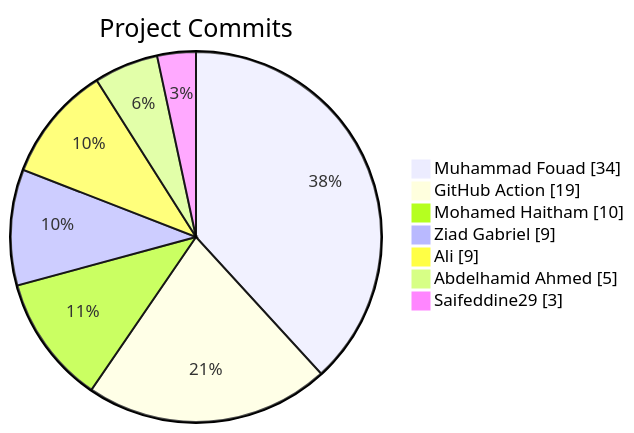
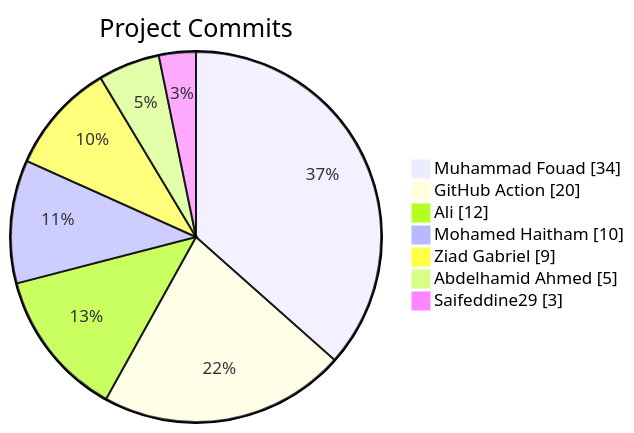
Before and after one commit to Abdelhamid-El-rashidy/Library_System: the diagram in README.md, drawn with Mermaid.

Commit message:
docs: update contributor stats [skip ci]

````diff
--- a/README.md
+++ b/README.md
@@ -11,11 +11,11 @@
 ```mermaid
 pie showData
     title Project Commits
     "Muhammad Fouad" : 34
-    "GitHub Action" : 19
+    "GitHub Action" : 20
+    "Ali" : 12
     "Mohamed Haitham" : 10
     "Ziad Gabriel" : 9
-    "Ali" : 9
     "Abdelhamid Ahmed" : 5
     "Saifeddine29" : 3
 ```
````
